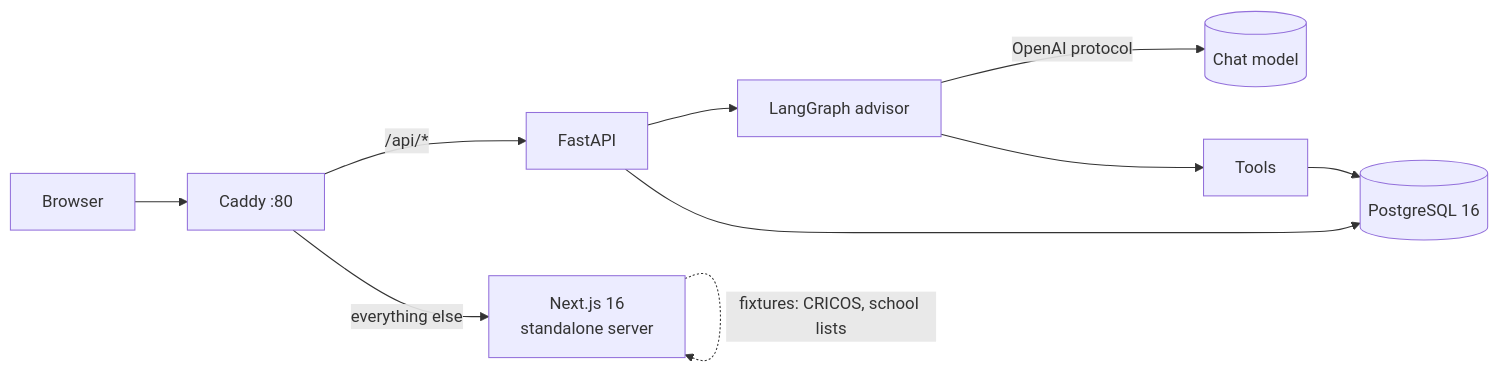
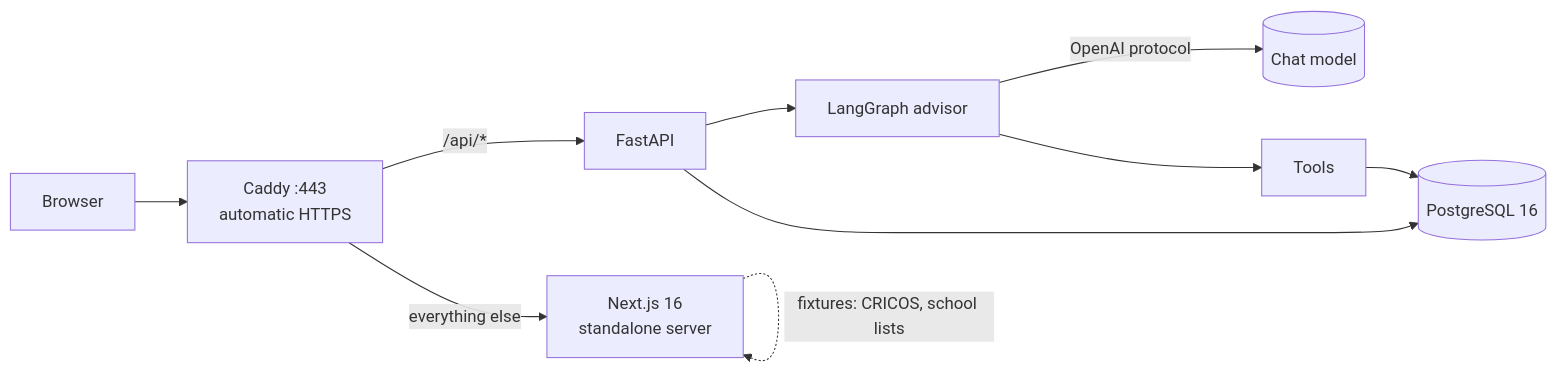
One commit to MortyYJT/LeapAshore changed the first of 2 diagrams in README.md. Above: the diagram before and after it, drawn with Mermaid. The commit also changed other lines of this file, not shown here.

First line of the commit message:
docs(readme): point at the HTTPS domain and state the collected data

````diff
--- a/README.md
+++ b/README.md
@@ -34,12 +34,12 @@
 ```mermaid
 flowchart LR
-    B[Browser] --> C[Caddy :80]
+    B[Browser] --> C[Caddy :443<br/>automatic HTTPS]
     C -->|/api/*| A[FastAPI]
     C -->|everything else| W[Next.js 16<br/>standalone server]
     A --> G[LangGraph advisor]
     G -->|OpenAI protocol| L[(Chat model)]
     G --> T[Tools]
     T --> P[(PostgreSQL 16)]
     A --> P
     W -.->|fixtures: CRICOS, school lists| W
 ```
````
